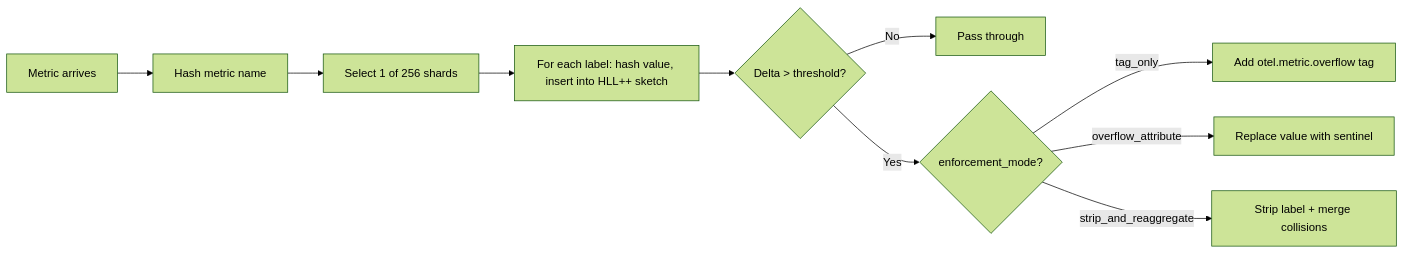
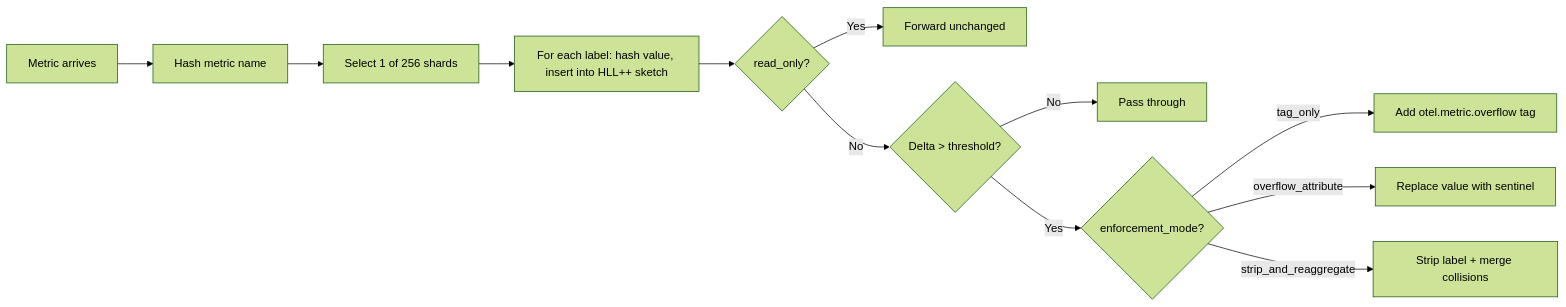
Before and after one commit to open-telemetry/opentelemetry-collector-contrib: the diagram in processor/cardinalityguardianprocessor/README.md, drawn with Mermaid (forest theme). The commit also changed other lines of this file and 16 other files, not shown here.

First line of the commit message:
[processor/cardinalityguardian] Add read_only option and top.distinct metric

````diff
--- a/processor/cardinalityguardianprocessor/README.md
+++ b/processor/cardinalityguardianprocessor/README.md
@@ -36,12 +36,14 @@
 ```mermaid
 flowchart LR
     A[Metric arrives] --> B[Hash metric name]
     B --> C[Select 1 of 256 shards]
     C --> D[For each label: hash value, insert into HLL++ sketch]
-    D --> E{Delta > threshold?}
+    D --> R{read_only?}
+    R -- Yes --> P[Forward unchanged]
+    R -- No --> E{Delta > threshold?}
     E -- No --> F[Pass through]
     E -- Yes --> G{enforcement_mode?}
     G -- tag_only --> H[Add otel.metric.overflow tag]
     G -- overflow_attribute --> OA[Replace value with sentinel]
     G -- strip_and_reaggregate --> I[Strip label + merge collisions]
 ```
````
